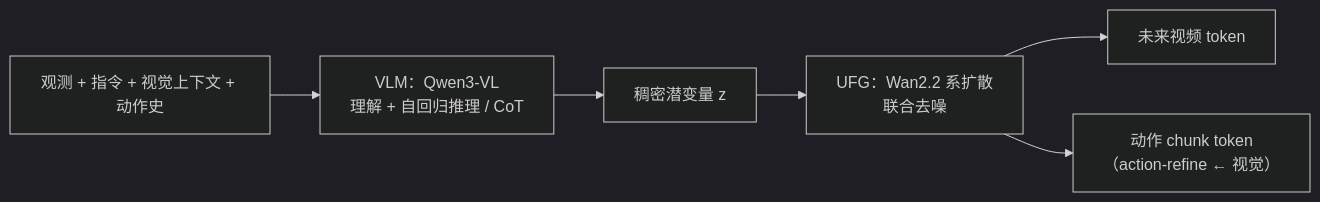
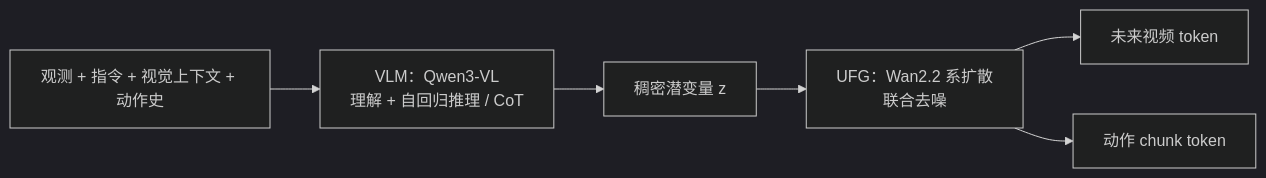
Before and after one commit to ImChong/Robotics_Notebooks: the diagram in wiki/methods/pelican-unified-1.md, drawn with Mermaid (dark theme). The commit also changed other lines of this file and 208 other files, not shown here.

Commit message:
[2026-11-14] ingest | roadmap/depth-wam.md — 补齐 WAM 全部节点原文证据与满分健康度

````diff
--- a/wiki/methods/pelican-unified-1.md
+++ b/wiki/methods/pelican-unified-1.md
@@ -70,13 +72,13 @@
 ```mermaid
 flowchart LR
   obs["观测 + 指令 + 视觉上下文 + 动作史"]
   vlm["VLM：Qwen3-VL\n理解 + 自回归推理 / CoT"]
   z["稠密潜变量 z"]
   ufg["UFG：Wan2.2 系扩散\n联合去噪"]
   vid["未来视频 token"]
-  act["动作 chunk token\n（action-refine ← 视觉）"]
+  act["动作 chunk token"]
 
   obs --> vlm --> z --> ufg
   ufg --> vid
   ufg --> act
 ```
````
